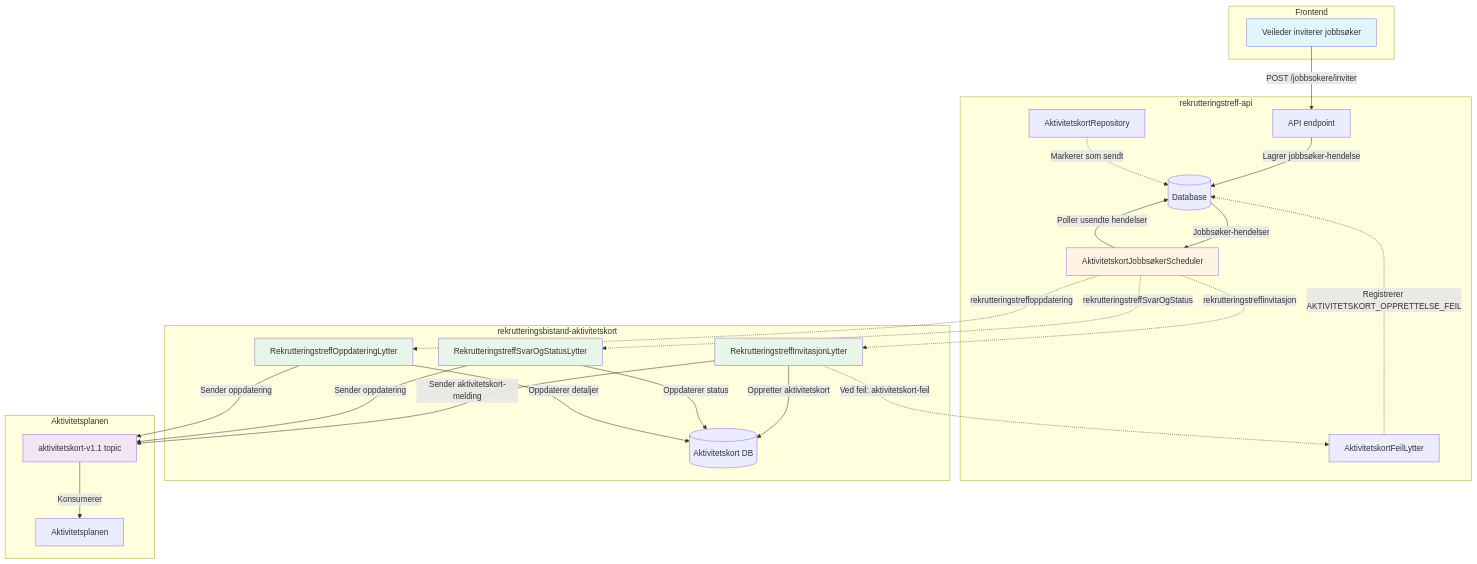
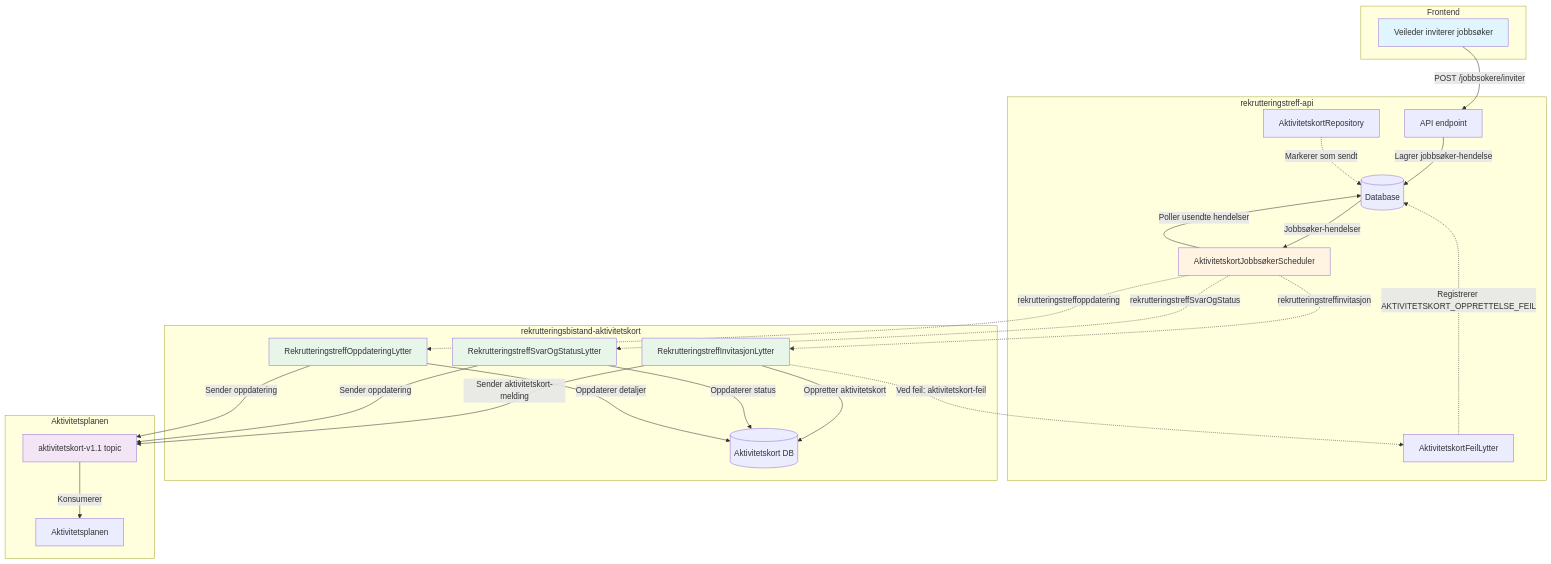
One commit to navikt/rekrutteringstreff-backend changed the diagram in docs/4-integrasjoner/aktivitetskort.md. Above: the diagram before and after it, drawn with Mermaid.

Commit message:
aktivitetskort dok, gi bedre plass i diagrammet

````diff
--- a/docs/4-integrasjoner/aktivitetskort.md
+++ b/docs/4-integrasjoner/aktivitetskort.md
@@ -11,61 +11,67 @@
 ```mermaid
 graph TB
     subgraph Frontend
         UI[Veileder inviterer jobbsøker]
     end
 
     subgraph "rekrutteringstreff-api"
         API[API endpoint]
         DB[(Database)]
         Scheduler[AktivitetskortJobbsøkerScheduler]
         Repo[AktivitetskortRepository]
         FeilLytter[AktivitetskortFeilLytter]
     end
 
     subgraph "rekrutteringsbistand-aktivitetskort"
         InvLytter[RekrutteringstreffInvitasjonLytter]
         SvarLytter[RekrutteringstreffSvarOgStatusLytter]
         OppdLytter[RekrutteringstreffOppdateringLytter]
         AktDB[(Aktivitetskort DB)]
     end
 
     subgraph "Aktivitetsplanen"
         AKTopic[aktivitetskort-v1.1 topic]
         Aktivitetsplan[Aktivitetsplanen]
     end
 
     UI -->|POST /jobbsokere/inviter| API
     API -->|Lagrer jobbsøker-hendelse| DB
 
     Scheduler -->|Poller usendte hendelser| DB
     DB -->|Jobbsøker-hendelser| Scheduler
 
     %% Kafka-flyt (Rapids & Rivers)
     %% Stiplet linje indikerer asynkron kommunikasjon via Kafka
     Scheduler -.->|rekrutteringstreffinvitasjon| InvLytter
     Scheduler -.->|rekrutteringstreffSvarOgStatus| SvarLytter
     Scheduler -.->|rekrutteringstreffoppdatering| OppdLytter
 
     InvLytter -->|Oppretter aktivitetskort| AktDB
     InvLytter -->|Sender aktivitetskort-melding| AKTopic
 
     SvarLytter -->|Oppdaterer status| AktDB
     SvarLytter -->|Sender oppdatering| AKTopic
 
     OppdLytter -->|Oppdaterer detaljer| AktDB
     OppdLytter -->|Sender oppdatering| AKTopic
 
     AKTopic -->|Konsumerer| Aktivitetsplan
 
     InvLytter -.->|Ved feil: aktivitetskort-feil| FeilLytter
     FeilLytter -.->|Registrerer AKTIVITETSKORT_OPPRETTELSE_FEIL| DB
 
     Repo -.->|Markerer som sendt| DB
 
+    %% Tvungen layout: Sørg for at boksene havner under hverandre
+    UI ~~~ API
+    API ~~~ Scheduler
+    Scheduler ~~~ InvLytter
+    InvLytter ~~~ AKTopic
+
     style UI fill:#e1f5ff
     style Scheduler fill:#fff4e1
     style InvLytter fill:#e8f5e9
     style SvarLytter fill:#e8f5e9
     style OppdLytter fill:#e8f5e9
     style AKTopic fill:#f3e5f5
 ```
````
